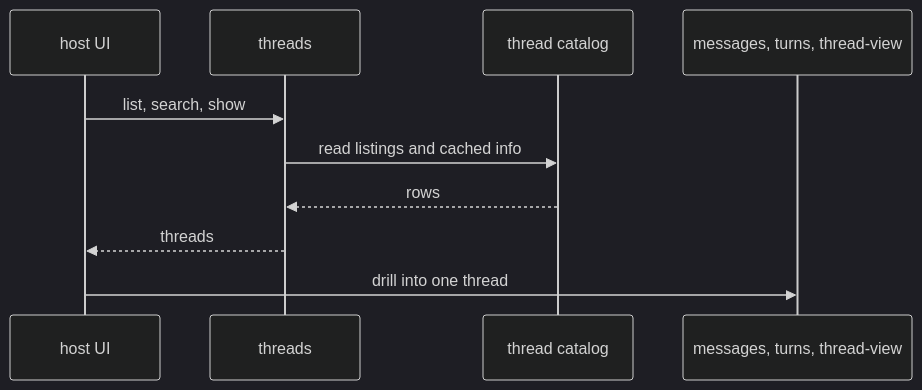
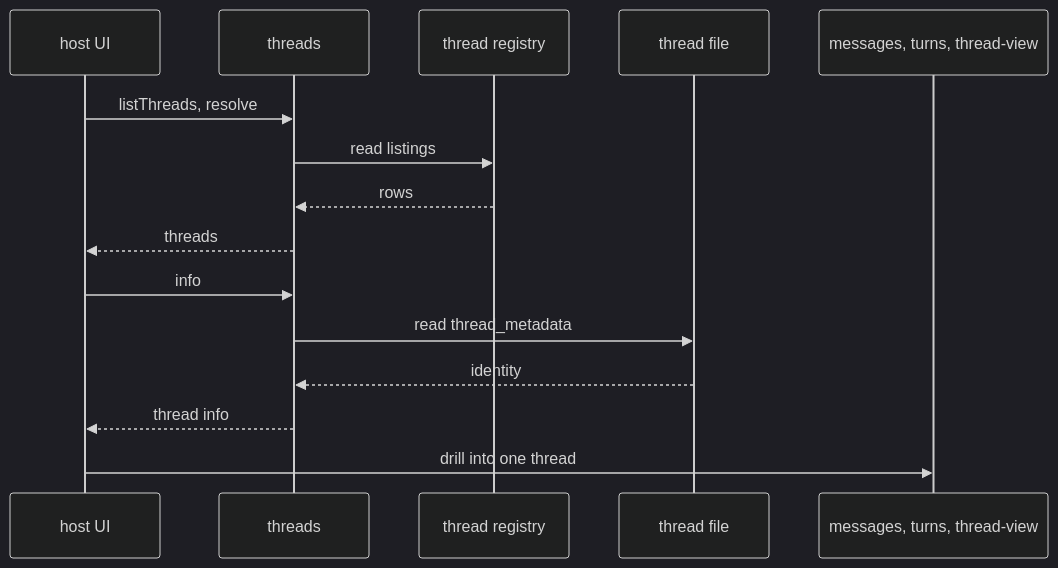
Before and after one commit to liminal-ai/long-horizon-context: the third of 11 diagrams in docs/onboard/02-domain-design.md, drawn with Mermaid (dark theme). The commit also changed other lines of this file and 1 other file, not shown here.

````diff
--- a/docs/onboard/02-domain-design.md
+++ b/docs/onboard/02-domain-design.md
@@ -71,12 +77,17 @@
 ```mermaid
 sequenceDiagram
   participant C as host UI
   participant T as threads
-  participant R as thread catalog
+  participant R as thread registry
+  participant F as thread file
   participant O as messages, turns, thread-view
-  C->>T: list, search, show
-  T->>R: read listings and cached info
+  C->>T: listThreads, resolve
+  T->>R: read listings
   R-->>T: rows
   T-->>C: threads
+  C->>T: info
+  T->>F: read thread_metadata
+  F-->>T: identity
+  T-->>C: thread info
   C->>O: drill into one thread
 ```
````
